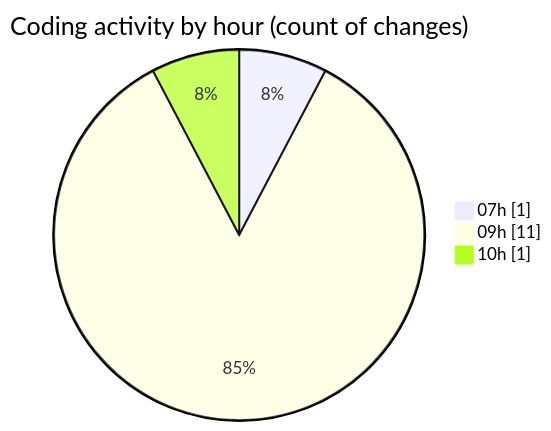
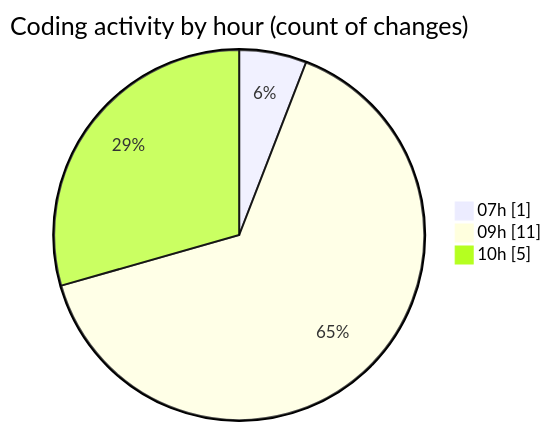
The second of 2 diagrams in 2026-02-17/id_ia/README.md (becaeroporto-bot/code-tracking), drawn with Mermaid before and after one commit. The commit also changed other lines of this file and 1 other file, not shown here.

````diff
--- a/2026-02-17/id_ia/README.md
+++ b/2026-02-17/id_ia/README.md
@@ -34,7 +35,7 @@
 ```mermaid
 pie showData
 title Coding activity by hour (count of changes)
 "07h" : 1
 "09h" : 11
-"10h" : 1
+"10h" : 5
 ```
````
